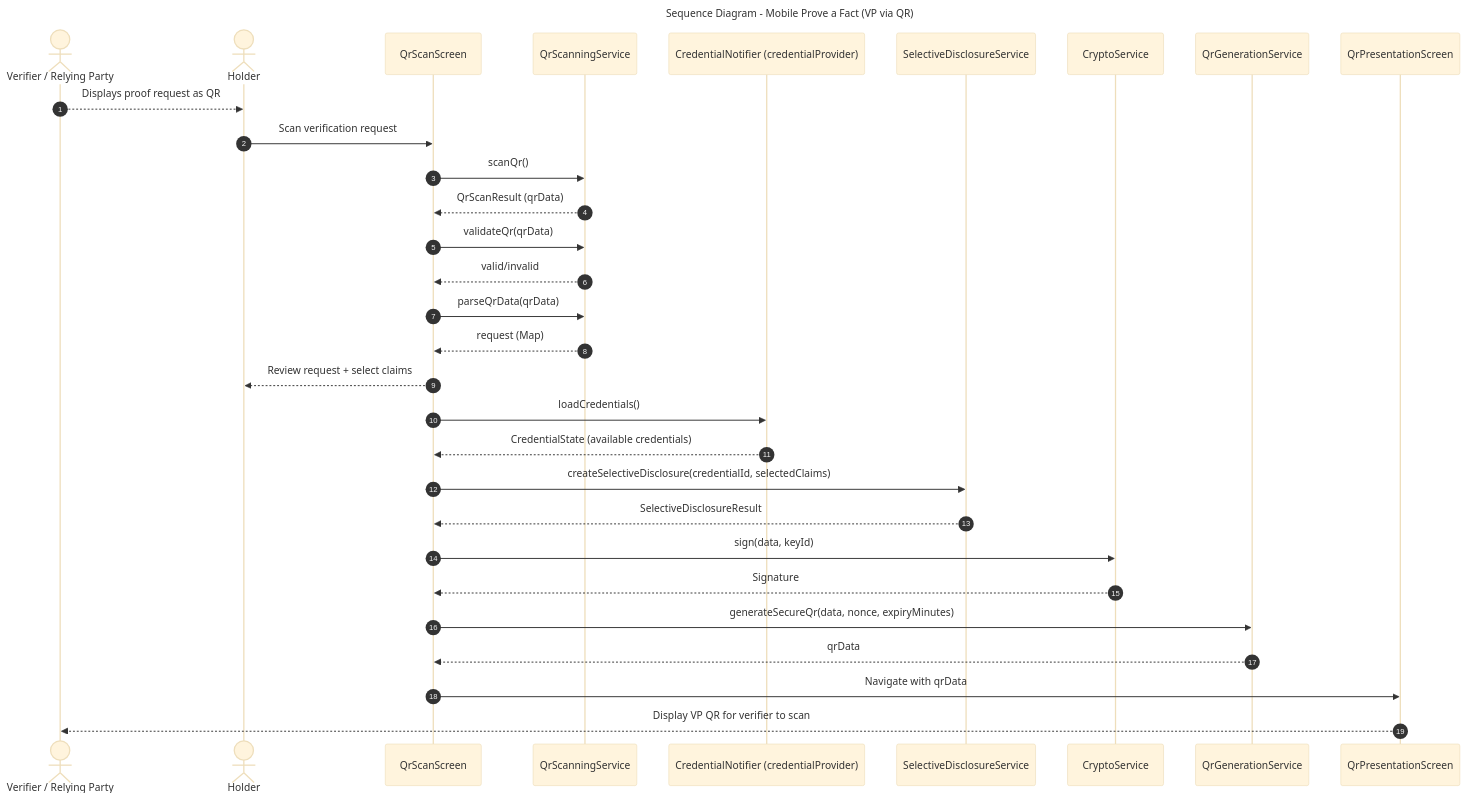
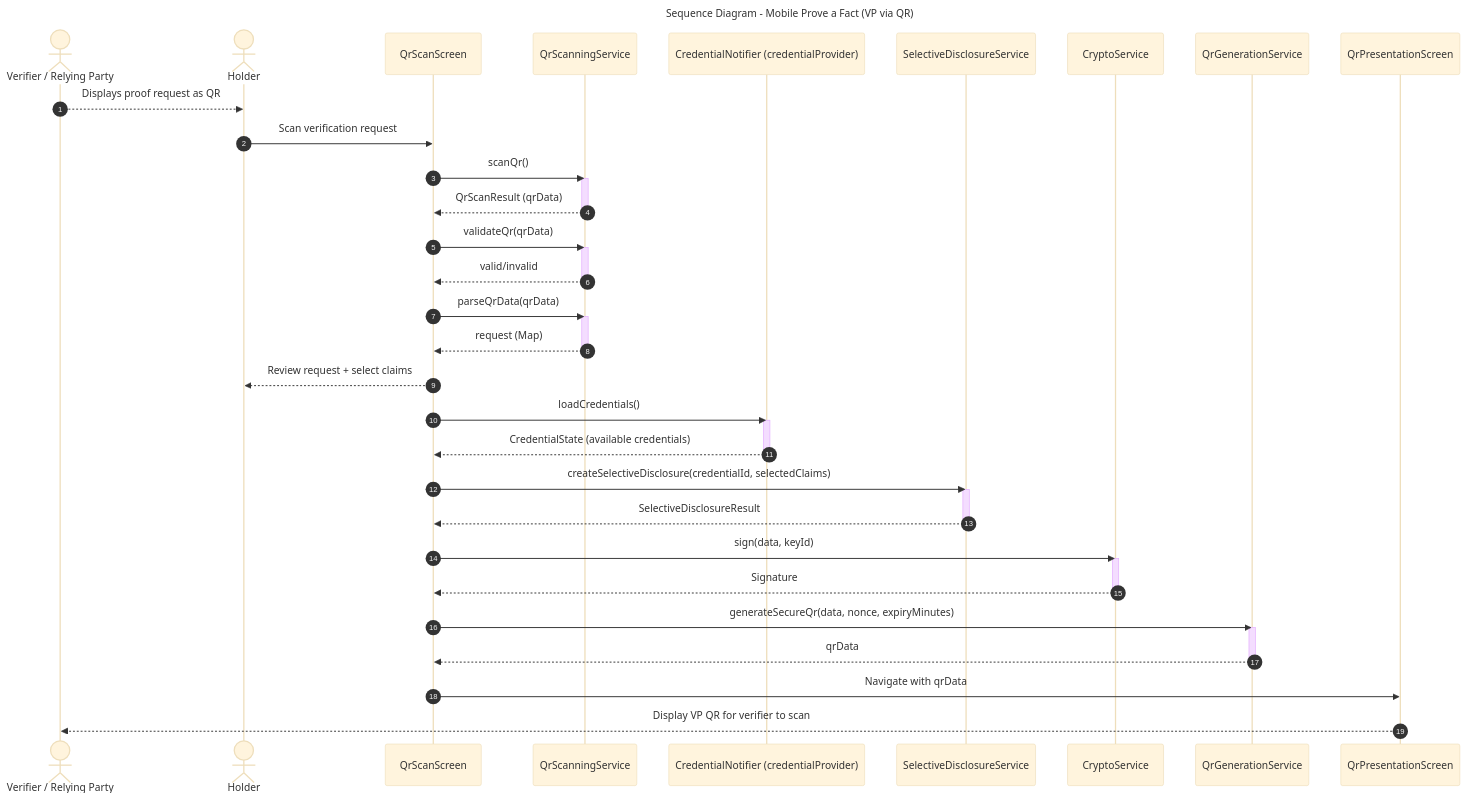
The diagram in diagrams/sequence-mobile-vp-presentation.mmd (CHATEAUFORGE-LLC/QuantumZero), drawn with Mermaid before and after one commit. The commit also changed 41 other files, not shown here.

Commit message:
Standardized all sequence diagrams, and refactored everything to ensure UML compliance, unification of content and design of key diagrams

```diff
--- a/diagrams/sequence-mobile-vp-presentation.mmd
+++ b/diagrams/sequence-mobile-vp-presentation.mmd
@@ -1,42 +1,58 @@
 ---
 title: Sequence Diagram - Mobile Prove a Fact (VP via QR)
 config:
   theme: base
 ---
 %% QuantumZero UML palette note: actors/external=#fff7e6/#b45309, system/component=#e0f2fe/#075985, datastore=#ecfccb/#4d7c0f, notes=#fff9c4/#d97706. Aligns diagrams to Deliverable 1 UML/DFD theme.
 sequenceDiagram
   autonumber
   actor Verifier as Verifier / Relying Party
   actor User as Holder
   participant ScanUI as QrScanScreen
   participant ScanSvc as QrScanningService
   participant Cred as CredentialNotifier (credentialProvider)
   participant SD as SelectiveDisclosureService
   participant Crypto as CryptoService
   participant QrGen as QrGenerationService
   participant PresentUI as QrPresentationScreen
 
   Verifier-->>User: Displays proof request as QR
   User->>ScanUI: Scan verification request
   ScanUI->>ScanSvc: scanQr()
+  activate ScanSvc
   ScanSvc-->>ScanUI: QrScanResult (qrData)
+  deactivate ScanSvc
+
   ScanUI->>ScanSvc: validateQr(qrData)
+  activate ScanSvc
   ScanSvc-->>ScanUI: valid/invalid
+  deactivate ScanSvc
+
   ScanUI->>ScanSvc: parseQrData(qrData)
+  activate ScanSvc
   ScanSvc-->>ScanUI: request (Map)
+  deactivate ScanSvc
 
   ScanUI-->>User: Review request + select claims
   ScanUI->>Cred: loadCredentials()
+  activate Cred
   Cred-->>ScanUI: CredentialState (available credentials)
+  deactivate Cred
 
   ScanUI->>SD: createSelectiveDisclosure(credentialId, selectedClaims)
+  activate SD
   SD-->>ScanUI: SelectiveDisclosureResult
+  deactivate SD
 
   ScanUI->>Crypto: sign(data, keyId)
+  activate Crypto
   Crypto-->>ScanUI: Signature
+  deactivate Crypto
 
   ScanUI->>QrGen: generateSecureQr(data, nonce, expiryMinutes)
+  activate QrGen
   QrGen-->>ScanUI: qrData
+  deactivate QrGen
 
   ScanUI->>PresentUI: Navigate with qrData
   PresentUI-->>Verifier: Display VP QR for verifier to scan
```
